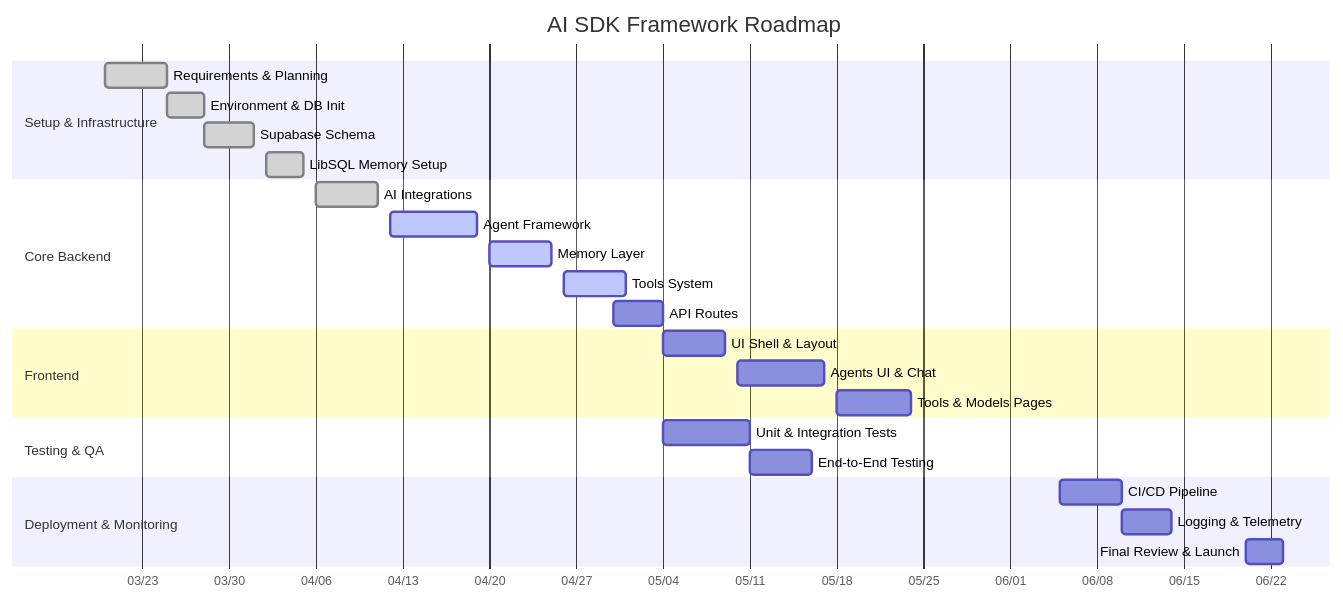
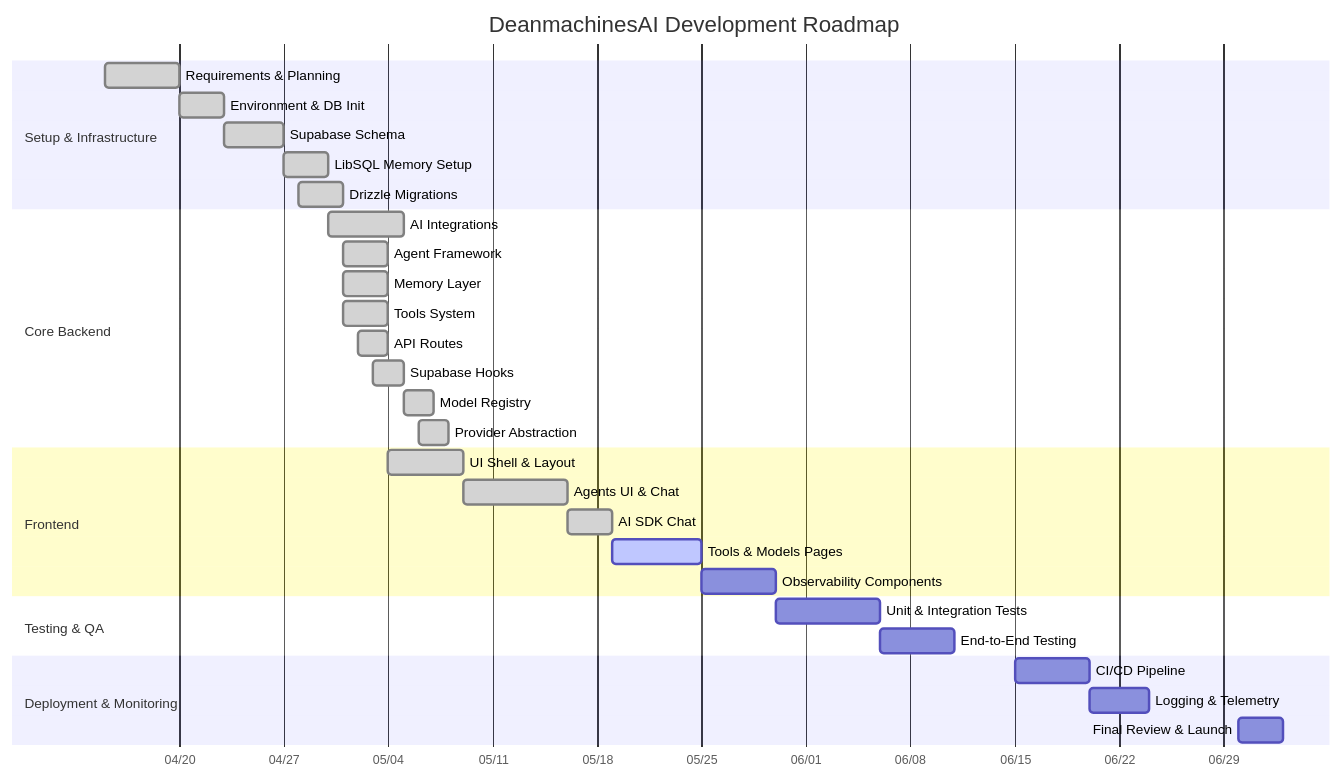
One commit to ssdeanx/ai-sdk-DM changed the first of 2 diagrams in README.md. Above: the diagram before and after it, drawn with Mermaid. The commit also changed other lines of this file and 3 other files, not shown here.

````diff
--- a/README.md
+++ b/README.md
@@ -12,33 +24,39 @@
 ```mermaid
 gantt
-    title AI SDK Framework Roadmap
+    title DeanmachinesAI Development Roadmap
     dateFormat  YYYY-MM-DD
     axisFormat  %m/%d
 
     section Setup & Infrastructure
-    Requirements & Planning    :done, planning, 2025-03-20, 5d
+    Requirements & Planning    :done, planning, 2025-04-15, 5d
     Environment & DB Init      :done, env, after planning, 3d
-    Supabase Schema            :done, supa_schema, 2025-03-28, 4d
-    LibSQL Memory Setup        :done, libsql, 2025-04-02, 3d
+    Supabase Schema            :done, supa_schema, 2025-04-23, 4d
+    LibSQL Memory Setup        :done, libsql, 2025-04-27, 3d
+    Drizzle Migrations         :done, drizzle, 2025-04-28, 3d
 
     section Core Backend
-    AI Integrations            :done, ai, 2025-04-06, 5d
-    Agent Framework            :active, agents, 2025-04-12, 7d
-    Memory Layer               :active, memory, 2025-04-20, 5d
-    Tools System               :active, tools, 2025-04-26, 5d
-    API Routes                 :api, 2025-04-30, 4d
+    AI Integrations            :done, ai, 2025-04-30, 5d
+    Agent Framework            :done, agents, 2025-05-01, 3d
+    Memory Layer               :done, memory, 2025-05-01, 3d
+    Tools System               :done, tools, 2025-05-01, 3d
+    API Routes                 :done, api, 2025-05-02, 2d
+    Supabase Hooks             :done, hooks, 2025-05-03, 2d
+    Model Registry             :done, models, 2025-05-05, 2d
+    Provider Abstraction       :done, providers, 2025-05-06, 2d
 
     section Frontend
-    UI Shell & Layout          :ui_shell, 2025-05-04, 5d
-    Agents UI & Chat           :ui_agents, 2025-05-10, 7d
-    Tools & Models Pages       :ui_tools, 2025-05-18, 6d
+    UI Shell & Layout          :done, ui_shell, 2025-05-04, 5d
+    Agents UI & Chat           :done, ui_agents, 2025-05-09, 7d
+    AI SDK Chat                :done, ai_sdk_chat, 2025-05-16, 3d
+    Tools & Models Pages       :active, ui_tools, 2025-05-19, 6d
+    Observability Components   :ui_observability, after ui_tools, 5d
 
     section Testing & QA
-    Unit & Integration Tests   :tests, after api, 7d
+    Unit & Integration Tests   :tests, after ui_observability, 7d
     End-to-End Testing         :e2e, after tests, 5d
 
     section Deployment & Monitoring
-    CI/CD Pipeline             :ci, 2025-06-05, 5d
+    CI/CD Pipeline             :ci, 2025-06-15, 5d
     Logging & Telemetry        :telemetry, after ci, 4d
-    Final Review & Launch      :launch, 2025-06-20, 3d
+    Final Review & Launch      :launch, 2025-06-30, 3d
 ```
````
